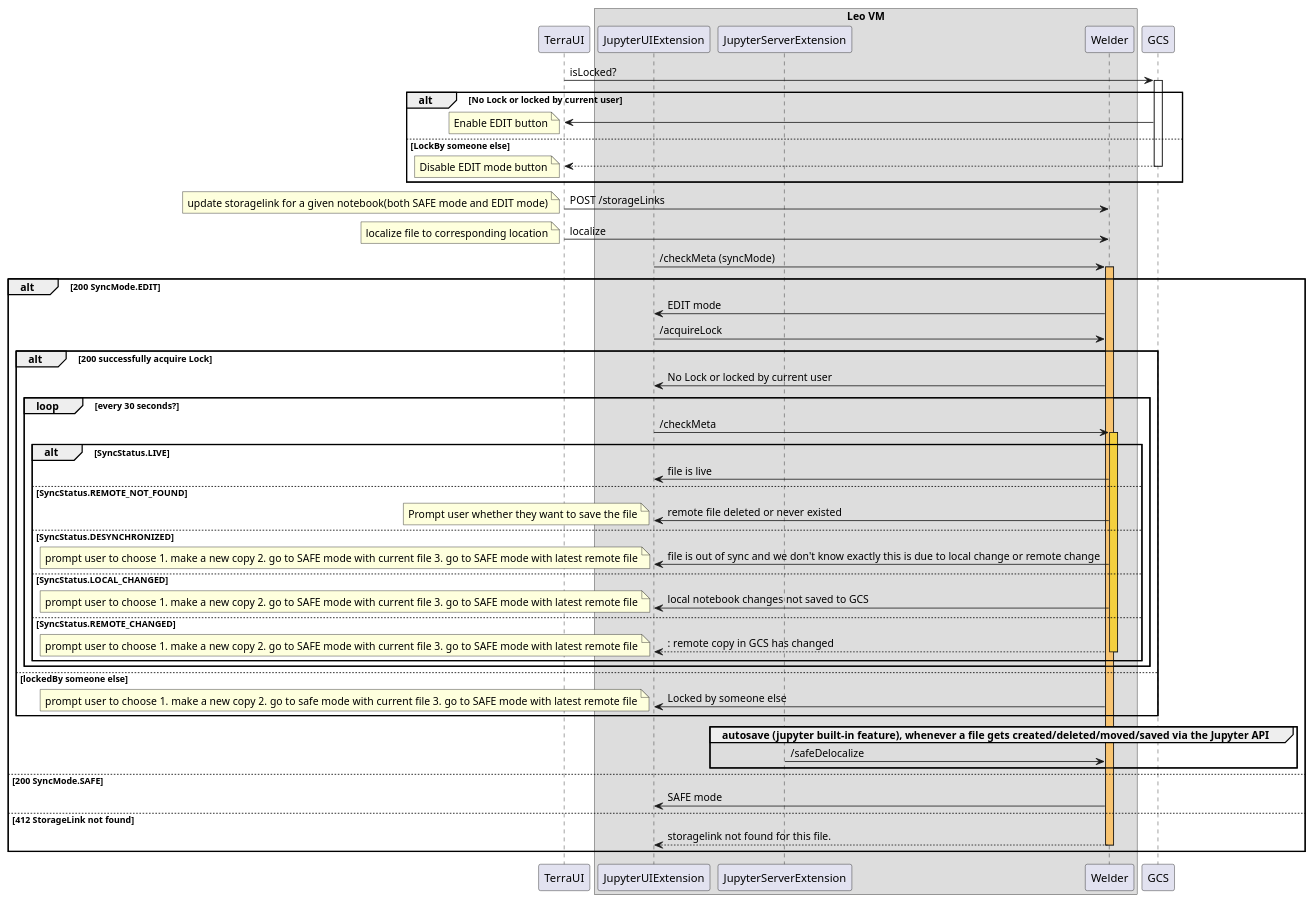
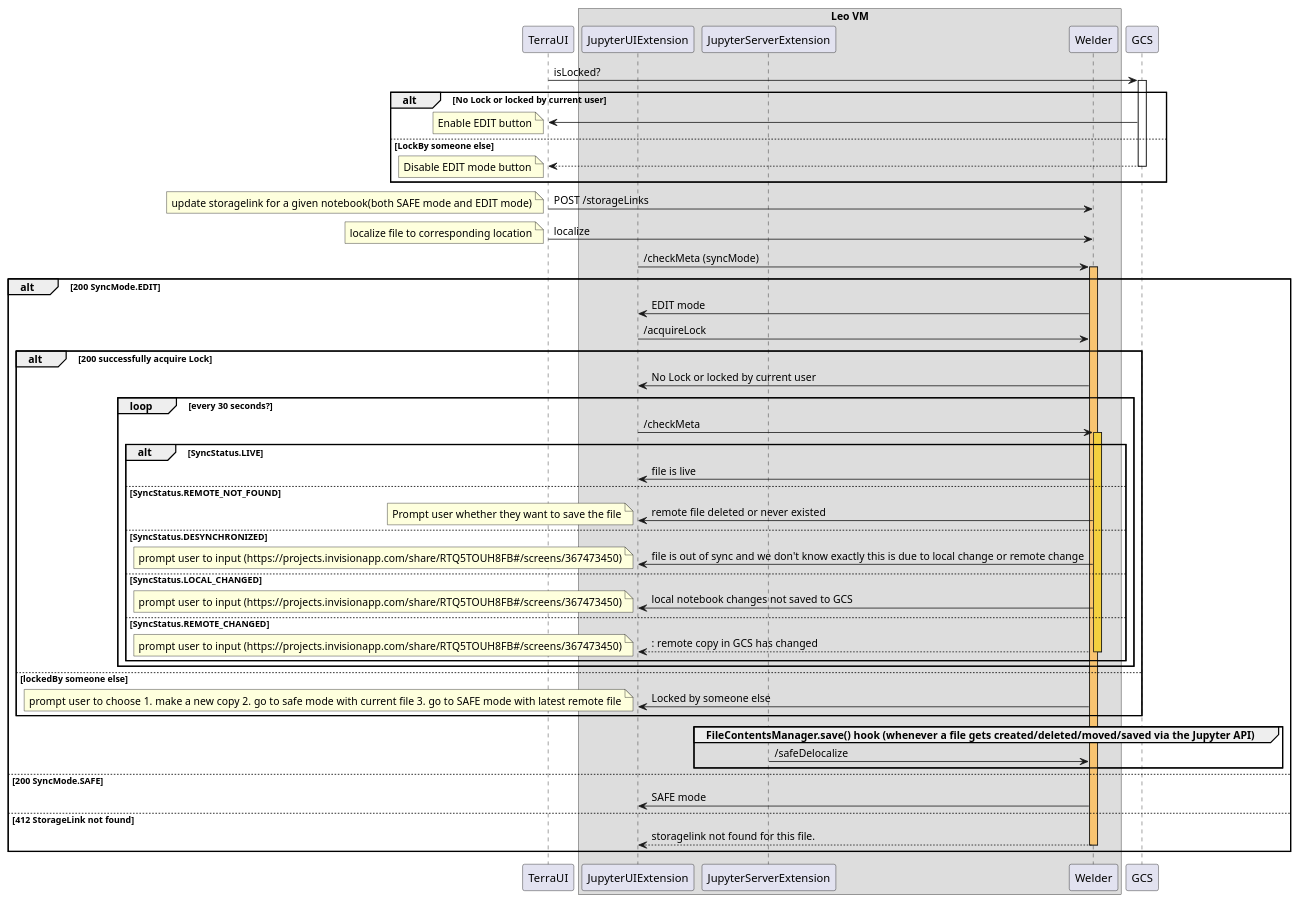
One commit to DataBiosphere/welder changed the diagram in server/src/main/resources/UI_Interaction.puml. Above: the diagram before and after it, drawn with PlantUML. The commit also changed 2 other files, not shown here.

Commit message:
update uml

```diff
--- a/server/src/main/resources/UI_Interaction.puml
+++ b/server/src/main/resources/UI_Interaction.puml
@@ -1,60 +1,60 @@
 @startuml
 participant TerraUI
 box "Leo VM"
     participant JupyterUIExtension
     participant JupyterServerExtension
     participant Welder
 end box
 participant GCS
 
 TerraUI -> GCS ++: isLocked?
 alt No Lock or locked by current user
     GCS -> TerraUI:
     note left: Enable EDIT button
 else LockBy someone else
     return
     note left: Disable EDIT mode button
 end
 TerraUI -> Welder: POST /storageLinks
 note left: update storagelink for a given notebook(both SAFE mode and EDIT mode)
 TerraUI -> Welder: localize
 note left: localize file to corresponding location
 
 JupyterUIExtension -> Welder ++ #F8C471: /checkMeta (syncMode)
 alt 200 SyncMode.EDIT
     Welder -> JupyterUIExtension: EDIT mode
     JupyterUIExtension -> Welder: /acquireLock
 
     alt 200 successfully acquire Lock
         Welder -> JupyterUIExtension: No Lock or locked by current user
         loop every 30 seconds?
             JupyterUIExtension -> Welder ++ #F4D03F: /checkMeta
             alt SyncStatus.LIVE
                 Welder -> JupyterUIExtension: file is live
             else SyncStatus.REMOTE_NOT_FOUND
                 Welder -> JupyterUIExtension: remote file deleted or never existed
                 note left: Prompt user whether they want to save the file
             else SyncStatus.DESYNCHRONIZED
                 Welder -> JupyterUIExtension: file is out of sync and we don't know exactly this is due to local change or remote change
-                note left: prompt user to choose 1. make a new copy 2. go to SAFE mode with current file 3. go to SAFE mode with latest remote file
+                note left: prompt user to input (https://projects.invisionapp.com/share/RTQ5TOUH8FB#/screens/367473450)
             else SyncStatus.LOCAL_CHANGED
                 Welder -> JupyterUIExtension: local notebook changes not saved to GCS
-                note left: prompt user to choose 1. make a new copy 2. go to SAFE mode with current file 3. go to SAFE mode with latest remote file
+                note left: prompt user to input (https://projects.invisionapp.com/share/RTQ5TOUH8FB#/screens/367473450)
             else SyncStatus.REMOTE_CHANGED
                return: remote copy in GCS has changed
-                note left: prompt user to choose 1. make a new copy 2. go to SAFE mode with current file 3. go to SAFE mode with latest remote file
+                note left: prompt user to input (https://projects.invisionapp.com/share/RTQ5TOUH8FB#/screens/367473450)
             end
         end
     else lockedBy someone else
         Welder -> JupyterUIExtension: Locked by someone else
         note left: prompt user to choose 1. make a new copy  2. go to safe mode with current file 3. go to SAFE mode with latest remote file
     end
-    group autosave (jupyter built-in feature), whenever a file gets created/deleted/moved/saved via the Jupyter API
+    group FileContentsManager.save() hook (whenever a file gets created/deleted/moved/saved via the Jupyter API)
         JupyterServerExtension -> Welder: /safeDelocalize
     end
 else 200 SyncMode.SAFE
     Welder -> JupyterUIExtension: SAFE mode
 else 412 StorageLink not found
     return storagelink not found for this file.
 end
 @enduml
```
